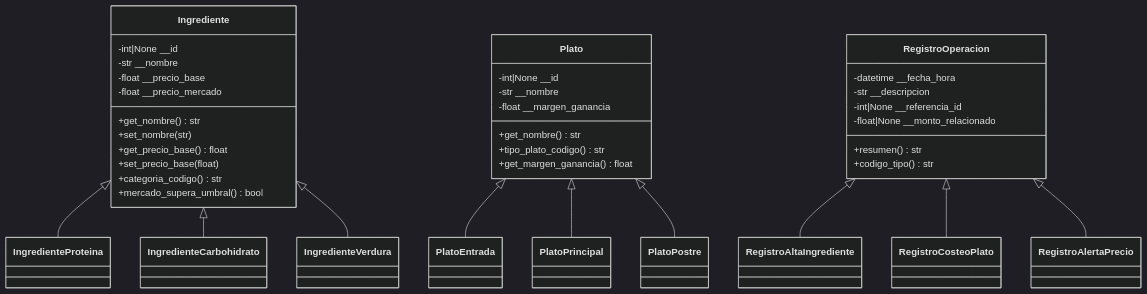
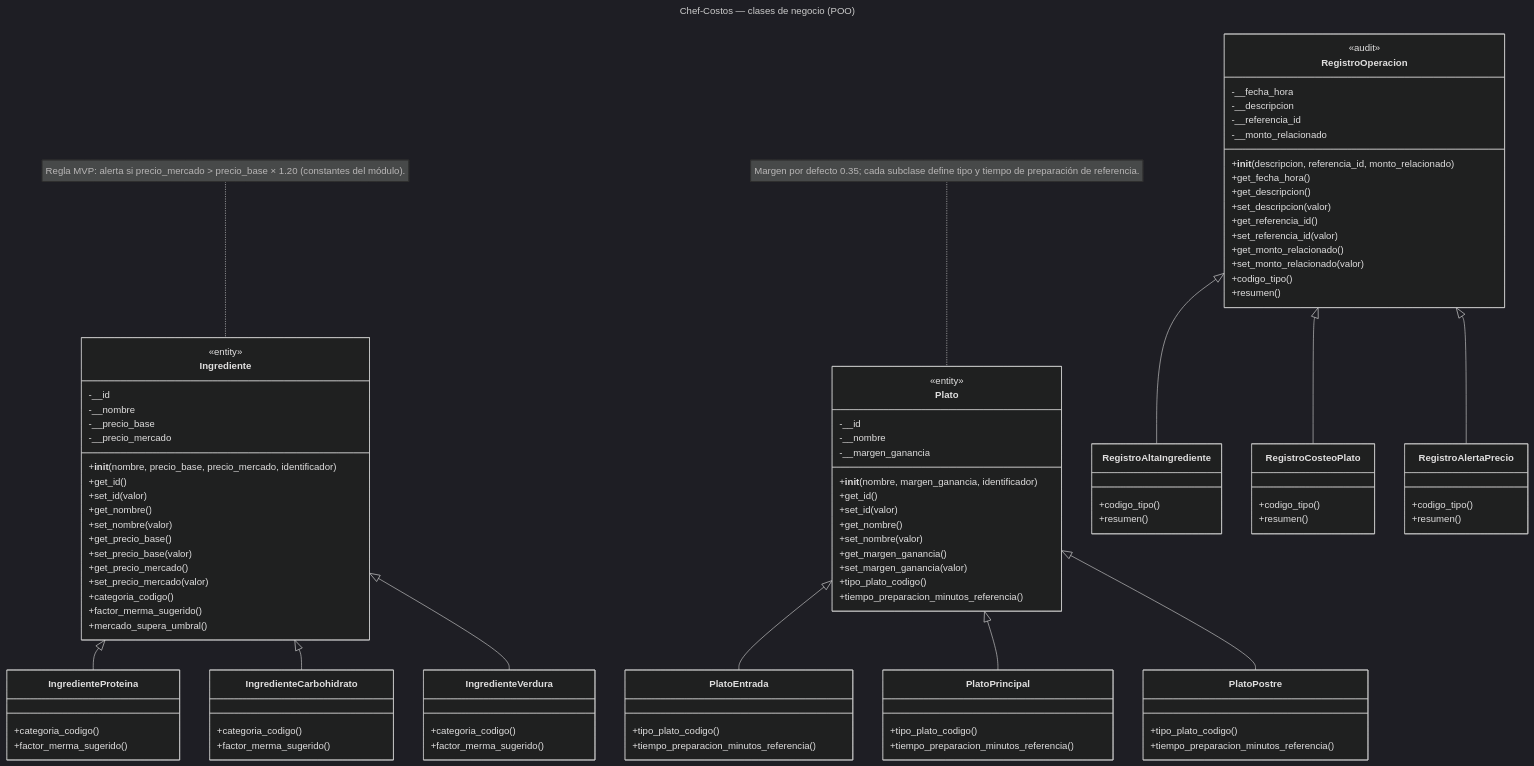
One commit to sofiaagiraldo/Proyecto_Corte_2_Grupo_Sofia changed the first of 2 diagrams in design/diagrama_clases.md. Above: the diagram before and after it, drawn with Mermaid (dark theme). The commit also changed other lines of this file, not shown here.

````diff
--- a/design/diagrama_clases.md
+++ b/design/diagrama_clases.md
@@ -5,51 +9,118 @@
 ```mermaid
+---
+title: Chef-Costos — clases de negocio (POO)
+---
 classDiagram
+    direction TB
+
+    %% Jerarquía 1: Insumos
     class Ingrediente {
-        -int|None __id
-        -str __nombre
-        -float __precio_base
-        -float __precio_mercado
-        +get_nombre() str
-        +set_nombre(str)
-        +get_precio_base() float
-        +set_precio_base(float)
-        +categoria_codigo() str
-        +mercado_supera_umbral() bool
+        <<entity>>
+        -__id
+        -__nombre
+        -__precio_base
+        -__precio_mercado
+        +__init__(nombre, precio_base, precio_mercado, identificador)
+        +get_id()
+        +set_id(valor)
+        +get_nombre()
+        +set_nombre(valor)
+        +get_precio_base()
+        +set_precio_base(valor)
+        +get_precio_mercado()
+        +set_precio_mercado(valor)
+        +categoria_codigo()
+        +factor_merma_sugerido()
+        +mercado_supera_umbral()
     }
-    class IngredienteProteina
-    class IngredienteCarbohidrato
-    class IngredienteVerdura
+
+    class IngredienteProteina {
+        +categoria_codigo()
+        +factor_merma_sugerido()
+    }
+    class IngredienteCarbohidrato {
+        +categoria_codigo()
+        +factor_merma_sugerido()
+    }
+    class IngredienteVerdura {
+        +categoria_codigo()
+        +factor_merma_sugerido()
+    }
+
+    %% Jerarquía 2: Carta
+    class Plato {
+        <<entity>>
+        -__id
+        -__nombre
+        -__margen_ganancia
+        +__init__(nombre, margen_ganancia, identificador)
+        +get_id()
+        +set_id(valor)
+        +get_nombre()
+        +set_nombre(valor)
+        +get_margen_ganancia()
+        +set_margen_ganancia(valor)
+        +tipo_plato_codigo()
+        +tiempo_preparacion_minutos_referencia()
+    }
+
+    class PlatoEntrada {
+        +tipo_plato_codigo()
+        +tiempo_preparacion_minutos_referencia()
+    }
+    class PlatoPrincipal {
+        +tipo_plato_codigo()
+        +tiempo_preparacion_minutos_referencia()
+    }
+    class PlatoPostre {
+        +tipo_plato_codigo()
+        +tiempo_preparacion_minutos_referencia()
+    }
+
+    %% Jerarquía 3: Trazabilidad
+    class RegistroOperacion {
+        <<audit>>
+        -__fecha_hora
+        -__descripcion
+        -__referencia_id
+        -__monto_relacionado
+        +__init__(descripcion, referencia_id, monto_relacionado)
+        +get_fecha_hora()
+        +get_descripcion()
+        +set_descripcion(valor)
+        +get_referencia_id()
+        +set_referencia_id(valor)
+        +get_monto_relacionado()
+        +set_monto_relacionado(valor)
+        +codigo_tipo()
+        +resumen()
+    }
+
+    class RegistroAltaIngrediente {
+        +codigo_tipo()
+        +resumen()
+    }
+    class RegistroCosteoPlato {
+        +codigo_tipo()
+        +resumen()
+    }
+    class RegistroAlertaPrecio {
+        +codigo_tipo()
+        +resumen()
+    }
+
     Ingrediente <|-- IngredienteProteina
     Ingrediente <|-- IngredienteCarbohidrato
     Ingrediente <|-- IngredienteVerdura
 
-    class Plato {
-        -int|None __id
-        -str __nombre
-        -float __margen_ganancia
-        +get_nombre() str
-        +tipo_plato_codigo() str
-        +get_margen_ganancia() float
-    }
-    class PlatoEntrada
-    class PlatoPrincipal
-    class PlatoPostre
     Plato <|-- PlatoEntrada
     Plato <|-- PlatoPrincipal
     Plato <|-- PlatoPostre
 
-    class RegistroOperacion {
-        -datetime __fecha_hora
-        -str __descripcion
-        -int|None __referencia_id
-        -float|None __monto_relacionado
-        +resumen() str
-        +codigo_tipo() str
-    }
-    class RegistroAltaIngrediente
-    class RegistroCosteoPlato
-    class RegistroAlertaPrecio
     RegistroOperacion <|-- RegistroAltaIngrediente
     RegistroOperacion <|-- RegistroCosteoPlato
     RegistroOperacion <|-- RegistroAlertaPrecio
+
+    note for Ingrediente "Regla MVP: alerta si precio_mercado > precio_base × 1.20 (constantes del módulo)."
+    note for Plato "Margen por defecto 0.35; cada subclase define tipo y tiempo de preparación de referencia."
 ```
````
